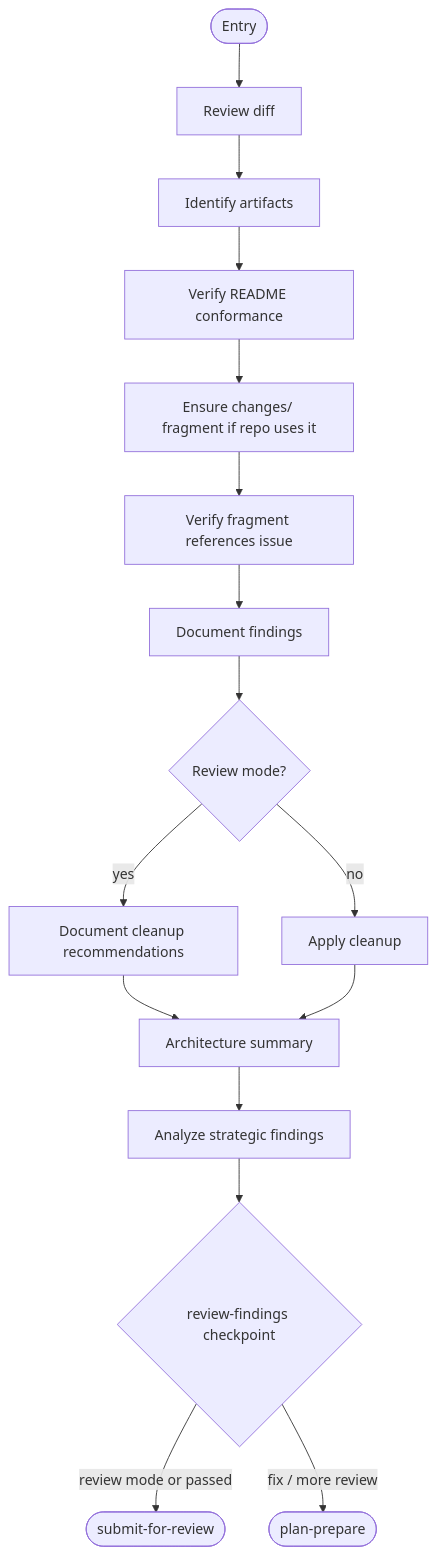
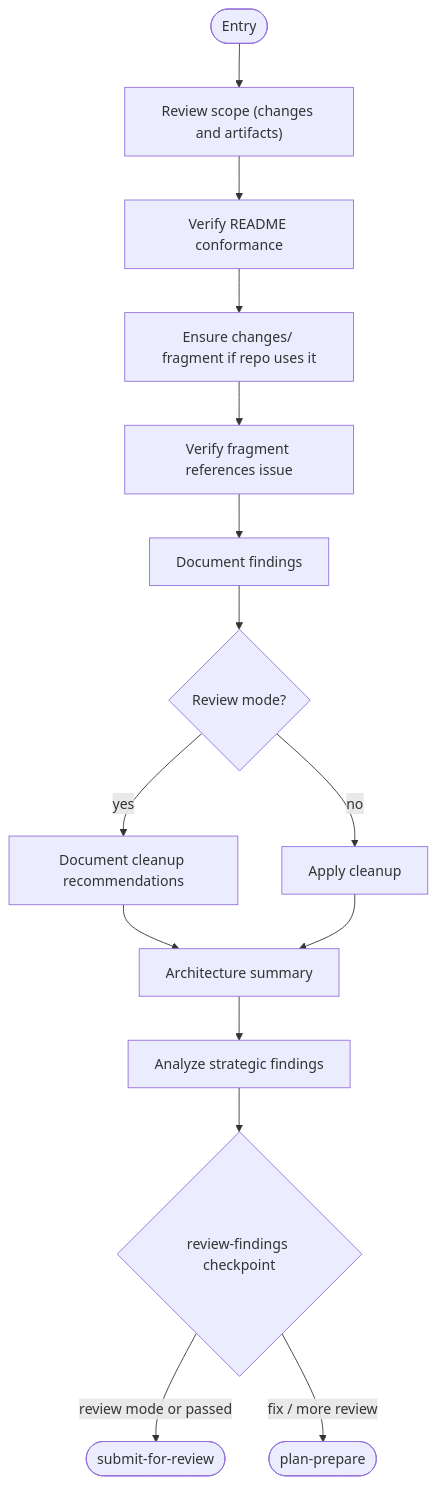
Before and after one commit to m2ux/workflow-server: diagram 11 of 14 in work-package/activities/README.md, drawn with Mermaid. The commit also changed other lines of this file and 16 other files, not shown here.

First line of the commit message:
docs: eliminate prose + mermaid staleness in migrated workflow READMEs

````diff
--- a/work-package/activities/README.md
+++ b/work-package/activities/README.md
@@ -742,18 +719,17 @@
 ```mermaid
 graph TD
-    entryNode(["Entry"]) --> diffReview["Review diff"]
-    diffReview --> identifyArtifacts["Identify artifacts"]
-    identifyArtifacts --> verifyReadme["Verify README conformance"]
+    entryNode(["Entry"]) --> reviewScope["Review scope (changes and artifacts)"]
+    reviewScope --> verifyReadme["Verify README conformance"]
     verifyReadme --> changesFrag["Ensure changes/ fragment if repo uses it"]
     changesFrag --> verifyFragment["Verify fragment references issue"]
     verifyFragment --> documentFindings["Document findings"]
     documentFindings --> cleanupBranch{"Review mode?"}
     cleanupBranch -->|"yes"| docCleanup["Document cleanup recommendations"]
     cleanupBranch -->|"no"| applyCleanup["Apply cleanup"]
     docCleanup --> createArchSummary
     applyCleanup --> createArchSummary["Architecture summary"]
     createArchSummary --> analyze["Analyze strategic findings"]
     analyze --> cpFindings{"review-findings checkpoint"}
     cpFindings -->|"review mode or passed"| exitSubmit(["submit-for-review"])
     cpFindings -->|"fix / more review"| exitPlan(["plan-prepare"])
 ```
````
